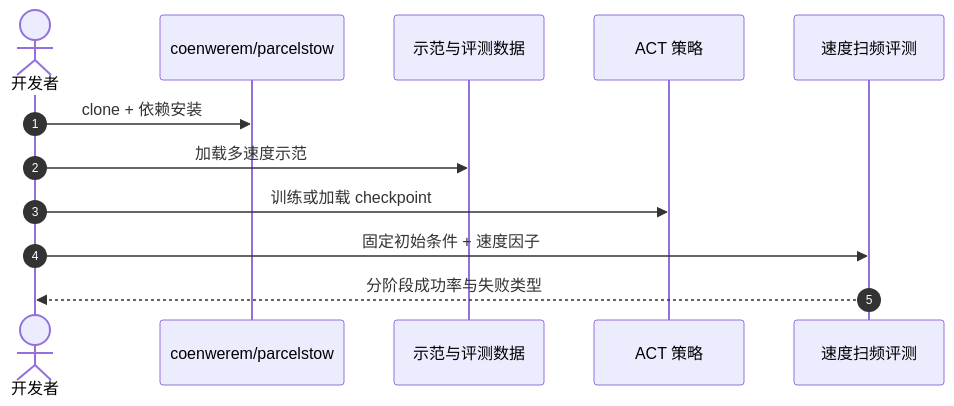
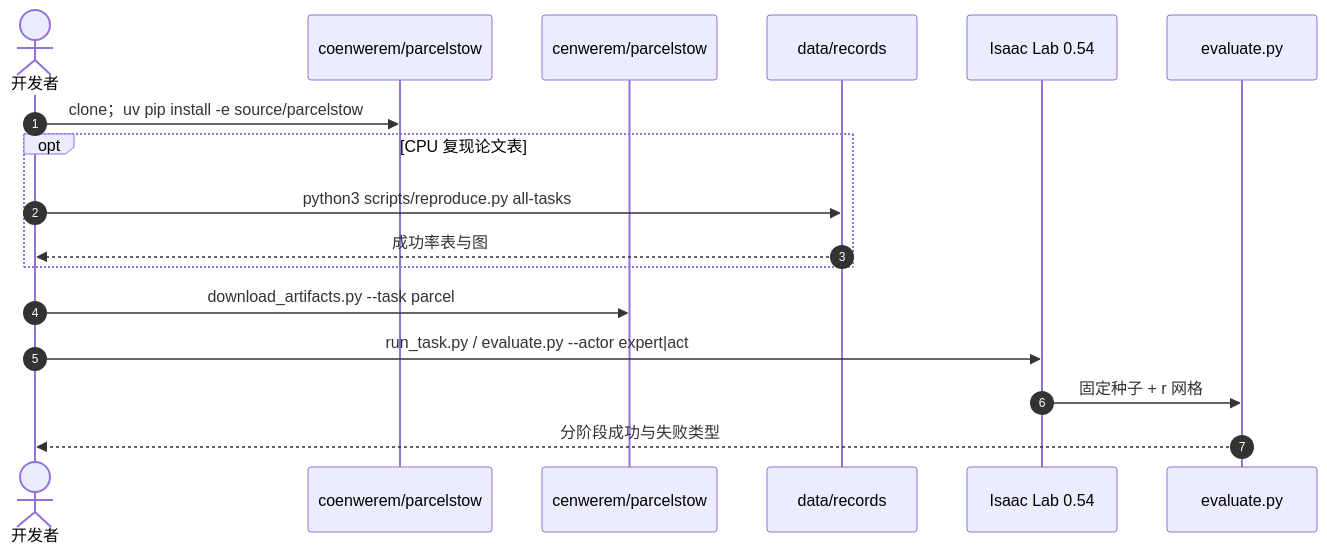
The second of 2 diagrams in wiki/entities/paper-parcelstow.md (ImChong/Robotics_Notebooks), drawn with Mermaid before and after one commit. The commit also changed other lines of this file and 32 other files, not shown here.

````diff
--- a/wiki/entities/paper-parcelstow.md
+++ b/wiki/entities/paper-parcelstow.md
@@ -92,14 +115,19 @@
 ```mermaid
 sequenceDiagram
     autonumber
     actor Dev as 开发者
     participant Repo as coenwerem/parcelstow
-    participant Data as 示范与评测数据
-    participant ACT as ACT 策略
-    participant Eval as 速度扫频评测
-    Dev->>Repo: clone + 依赖安装
-    Dev->>Data: 加载多速度示范
-    Dev->>ACT: 训练或加载 checkpoint
-    Dev->>Eval: 固定初始条件 + 速度因子
-    Eval-->>Dev: 分阶段成功率与失败类型
+    participant HF as cenwerem/parcelstow
+    participant Rec as data/records
+    participant IL as Isaac Lab 0.54
+    participant Eval as evaluate.py
+    Dev->>Repo: clone；uv pip install -e source/parcelstow
+    opt CPU 复现论文表
+        Dev->>Rec: python3 scripts/reproduce.py all-tasks
+        Rec-->>Dev: 成功率表与图
+    end
+    Dev->>HF: download_artifacts.py --task parcel
+    Dev->>IL: run_task.py / evaluate.py --actor expert|act
+    IL->>Eval: 固定种子 + r 网格
+    Eval-->>Dev: 分阶段成功与失败类型
 ```
````
